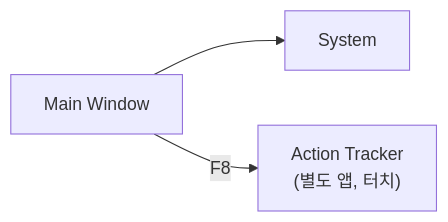
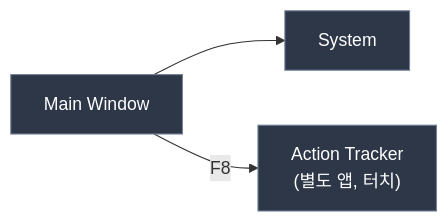
Diagram 11 of 14 in docs/01_PokerGFX_Analysis/PRD-0004-EBS-Server-UI-Design.md (garimto81/ebs), drawn with Mermaid before and after one commit. The commit also changed other lines of this file, not shown here.

First line of the commit message:
fix(prd-0004): Mermaid 다이어그램 색상 + 캡쳐 링크 수정

````diff
--- a/docs/01_PokerGFX_Analysis/PRD-0004-EBS-Server-UI-Design.md
+++ b/docs/01_PokerGFX_Analysis/PRD-0004-EBS-Server-UI-Design.md
@@ -1042,5 +1052,6 @@
 ```mermaid
 flowchart LR
+    classDef default fill:#2d3748,stroke:#718096,color:#ffffff
     MW["Main Window"] --> SYS["System"]
     MW -->|"F8"| AT["Action Tracker<br/>(별도 앱, 터치)"]
 ```
````
